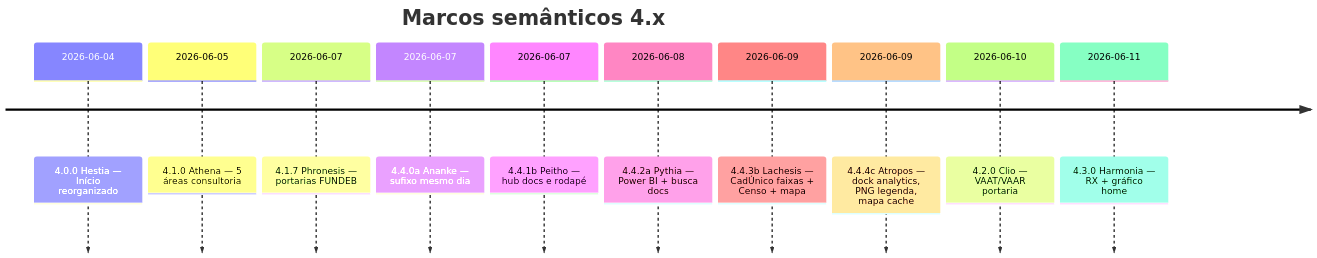
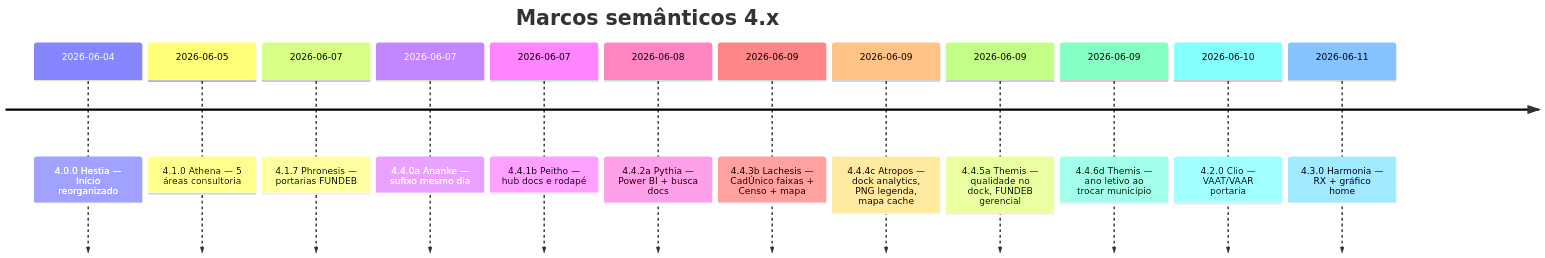
One commit to JaderGabriel/serventec-servlitcys changed the diagram in docs/HISTORICO_VERSOES.md. Above: the diagram before and after it, drawn with Mermaid. The commit also changed other lines of this file and 6 other files, not shown here.

First line of the commit message:
fix(analytics): aplica ano letivo ao trocar município no rodapé (4.4.6).

````diff
--- a/docs/HISTORICO_VERSOES.md
+++ b/docs/HISTORICO_VERSOES.md
@@ -19,14 +19,16 @@
 ```mermaid
 timeline
     title Marcos semânticos 4.x
     2026-06-04 : 4.0.0 Hestia — Início reorganizado
     2026-06-05 : 4.1.0 Athena — 5 áreas consultoria
     2026-06-07 : 4.1.7 Phronesis — portarias FUNDEB
     2026-06-07 : 4.4.0a Ananke — sufixo mesmo dia
     2026-06-07 : 4.4.1b Peitho — hub docs e rodapé
     2026-06-08 : 4.4.2a Pythia — Power BI + busca docs
     2026-06-09 : 4.4.3b Lachesis — CadÚnico faixas + Censo + mapa
     2026-06-09 : 4.4.4c Atropos — dock analytics, PNG legenda, mapa cache
+    2026-06-09 : 4.4.5a Themis — qualidade no dock, FUNDEB gerencial
+    2026-06-09 : 4.4.6d Themis — ano letivo ao trocar município
     2026-06-10 : 4.2.0 Clio — VAAT/VAAR portaria
     2026-06-11 : 4.3.0 Harmonia — RX + gráfico home
 ```
````
